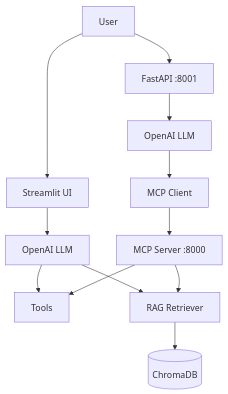
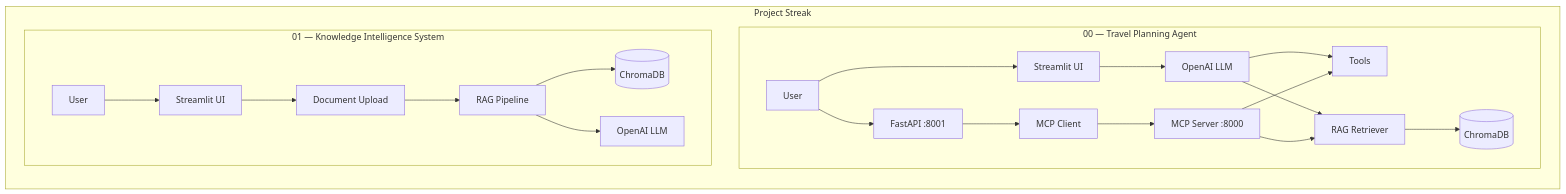
One commit to yash9614/project_streak_ changed the diagram in README.md. Above: the diagram before and after it, drawn with Mermaid. The commit also changed other lines of this file and 15 other files, not shown here.

Commit message:
Reorganize repo: move travel agent under projects/, update root README mermaid and structure

````diff
--- a/README.md
+++ b/README.md
@@ -23,18 +14,27 @@
 ```mermaid
 flowchart TB
-    User[User] --> Streamlit[Streamlit UI]
-    User --> FastAPI[FastAPI :8001]
-    
-    Streamlit --> LLM1[OpenAI LLM]
-    FastAPI --> LLM2[OpenAI LLM]
-    
-    LLM1 --> Tools[Tools]
-    LLM1 --> RAG[RAG Retriever]
-    
-    LLM2 --> MCPClient[MCP Client]
-    MCPClient --> MCPServer[MCP Server :8000]
-    MCPServer --> Tools
-    MCPServer --> RAG
-    
-    RAG --> Chroma[(ChromaDB)]
+    subgraph Repo["Project Streak"]
+        direction TB
+
+        subgraph Travel["00 — Travel Planning Agent"]
+            U1[User] --> S1[Streamlit UI]
+            U1 --> F1[FastAPI :8001]
+            S1 --> L1[OpenAI LLM]
+            F1 --> MC[MCP Client]
+            MC --> MS[MCP Server :8000]
+            L1 --> T1[Tools]
+            L1 --> R1[RAG Retriever]
+            MS --> T1
+            MS --> R1
+            R1 --> C1[(ChromaDB)]
+        end
+
+        subgraph KIS["01 — Knowledge Intelligence System"]
+            U2[User] --> S2[Streamlit UI]
+            S2 --> Up[Document Upload]
+            Up --> R2[RAG Pipeline]
+            R2 --> C2[(ChromaDB)]
+            R2 --> L2[OpenAI LLM]
+        end
+    end
 ```
````
